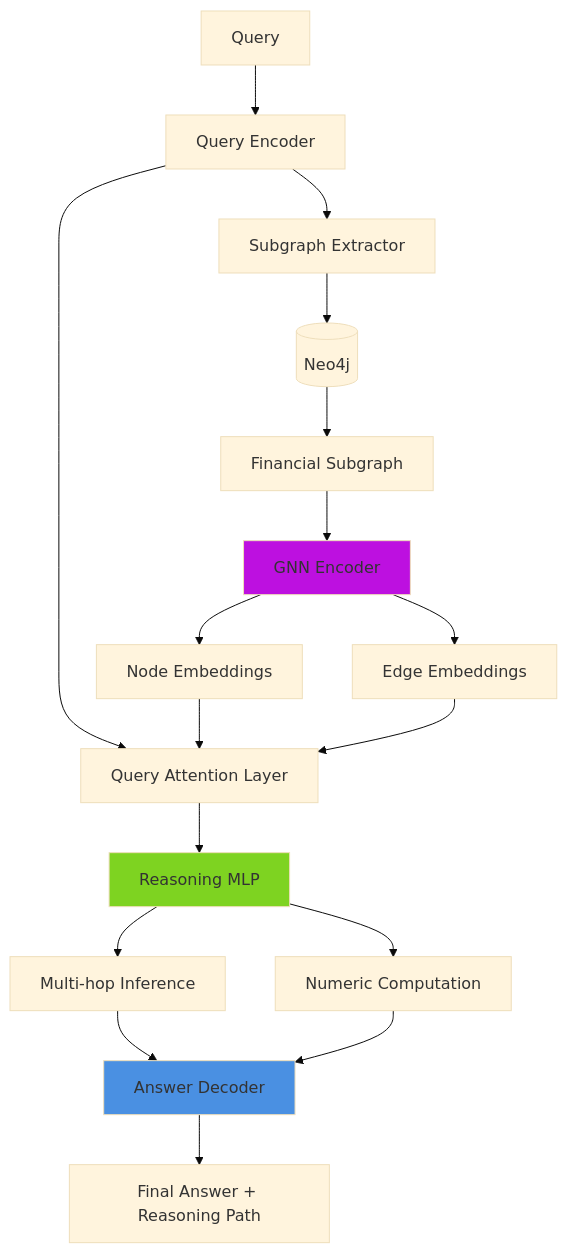
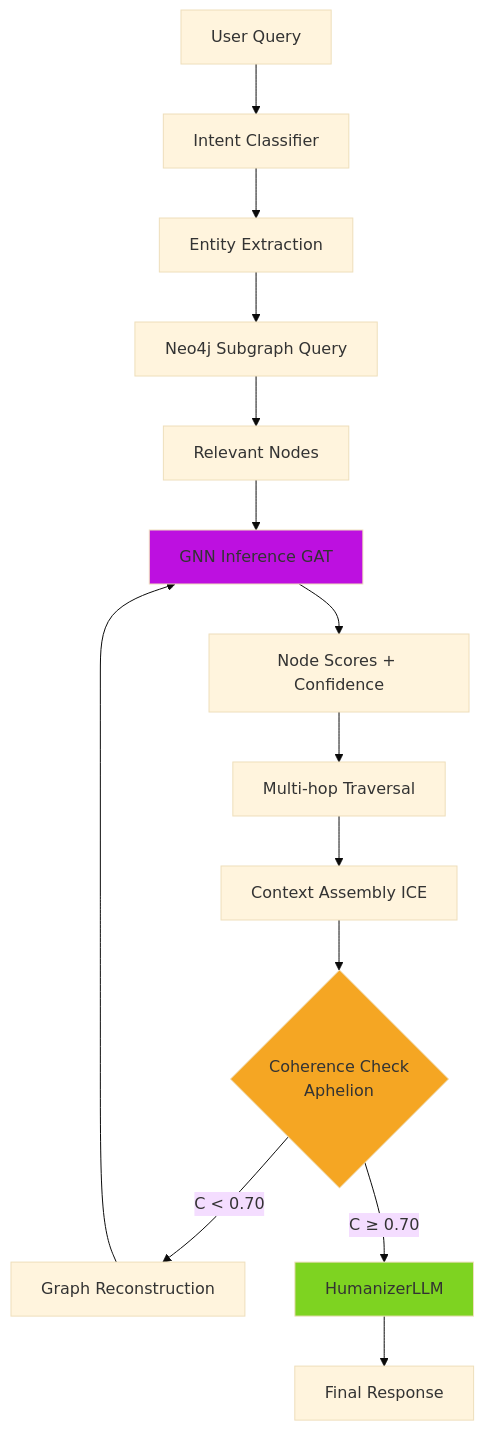
The fourth of 4 diagrams in README.md (viniruggeri/midas-fdr), drawn with Mermaid (base theme) before and after one commit. The commit also changed other lines of this file, not shown here.

Commit message:
docs: update outdated sections (data pipeline and reasoning examples)

````diff
--- a/README.md
+++ b/README.md
@@ -254,29 +250,25 @@
 ```mermaid
 graph TD
-    A[Query] --> B[Query Encoder]
-    B --> C[Subgraph Extractor]
+    A[User Query] --> B[Intent Classifier]
+    B --> C[Entity Extraction]
     
-    C --> D[(Neo4j)]
-    D --> E[Financial Subgraph]
+    C --> D[Neo4j Subgraph Query]
+    D --> E[Relevant Nodes]
     
-    E --> F[GNN Encoder]
-    F --> G[Node Embeddings]
-    F --> H[Edge Embeddings]
+    E --> F[GNN Inference GAT]
+    F --> G[Node Scores + Confidence]
     
-    B --> I[Query Attention Layer]
-    G --> I
-    H --> I
+    G --> H[Multi-hop Traversal]
+    H --> I[Context Assembly ICE]
     
-    I --> J[Reasoning MLP]
-    J --> K[Multi-hop Inference]
-    J --> L[Numeric Computation]
+    I --> J{Coherence Check<br/>Aphelion}
+    J -->|C < 0.70| K[Graph Reconstruction]
+    J -->|C ≥ 0.70| L[HumanizerLLM]
     
-    K --> M[Answer Decoder]
-    L --> M
-    
-    M --> N[Final Answer + Reasoning Path]
+    K --> F
+    L --> M[Final Response]
     
     style F fill:#BD10E0
-    style J fill:#7ED321
-    style M fill:#4A90E2
+    style J fill:#F5A623
+    style L fill:#7ED321
 ```
````
